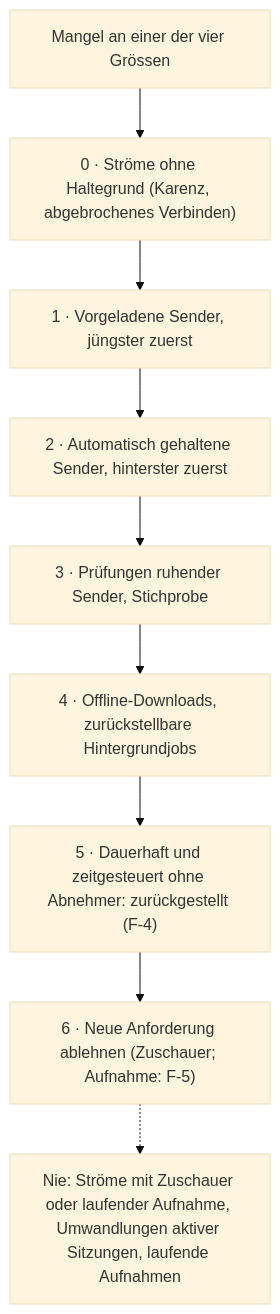
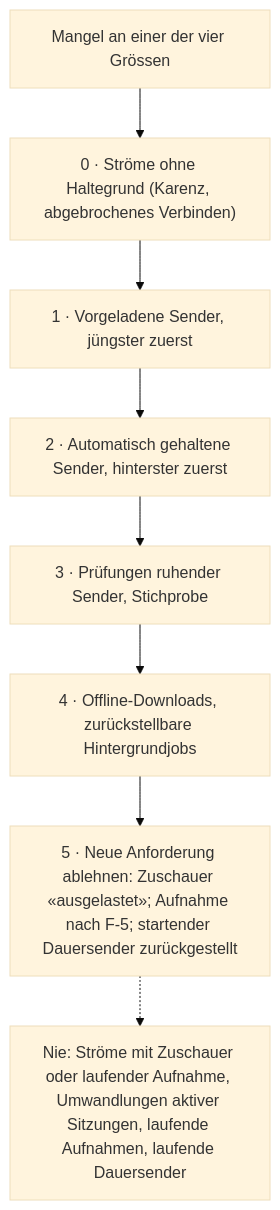
One commit to SlouchCat/slouchcat changed the diagram in docs/planning/28-live-tv/13-ressourcen-und-performance.md. Above: the diagram before and after it, drawn with Mermaid (base theme). The commit also changed other lines of this file, not shown here.

````diff
--- a/docs/planning/28-live-tv/13-ressourcen-und-performance.md
+++ b/docs/planning/28-live-tv/13-ressourcen-und-performance.md
@@ -638,11 +720,10 @@
 ```mermaid
 flowchart TB
   N["Mangel an einer der vier Grössen"] --> S0["0 · Ströme ohne Haltegrund (Karenz, abgebrochenes Verbinden)"]
   S0 --> S1["1 · Vorgeladene Sender, jüngster zuerst"]
   S1 --> S2["2 · Automatisch gehaltene Sender, hinterster zuerst"]
   S2 --> S3["3 · Prüfungen ruhender Sender, Stichprobe"]
   S3 --> S4["4 · Offline-Downloads, zurückstellbare Hintergrundjobs"]
-  S4 --> S5["5 · Dauerhaft und zeitgesteuert ohne Abnehmer: zurückgestellt (F-4)"]
-  S5 --> S6["6 · Neue Anforderung ablehnen (Zuschauer; Aufnahme: F-5)"]
-  S6 -.-> NIE["Nie: Ströme mit Zuschauer oder laufender Aufnahme, Umwandlungen aktiver Sitzungen, laufende Aufnahmen"]
+  S4 --> S5["5 · Neue Anforderung ablehnen: Zuschauer «ausgelastet»; Aufnahme nach F-5; startender Dauersender zurückgestellt"]
+  S5 -.-> NIE["Nie: Ströme mit Zuschauer oder laufender Aufnahme, Umwandlungen aktiver Sitzungen, laufende Aufnahmen, laufende Dauersender"]
 ```
````
